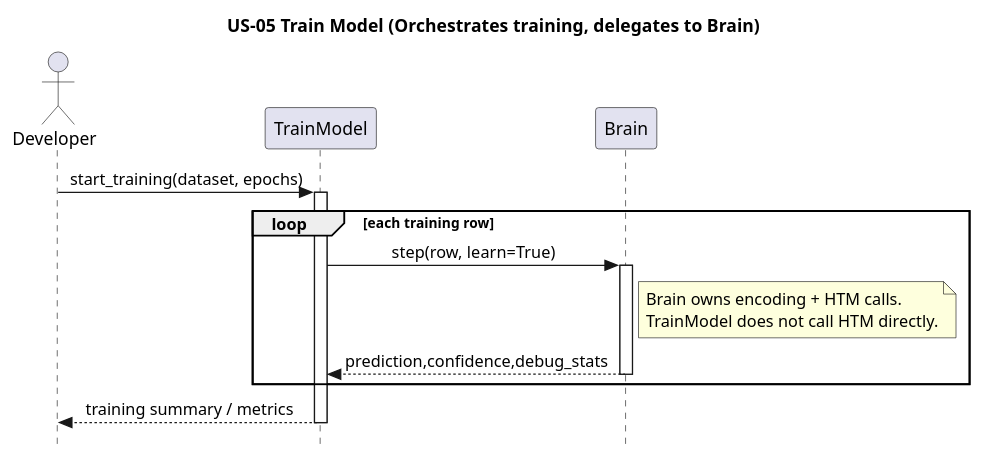
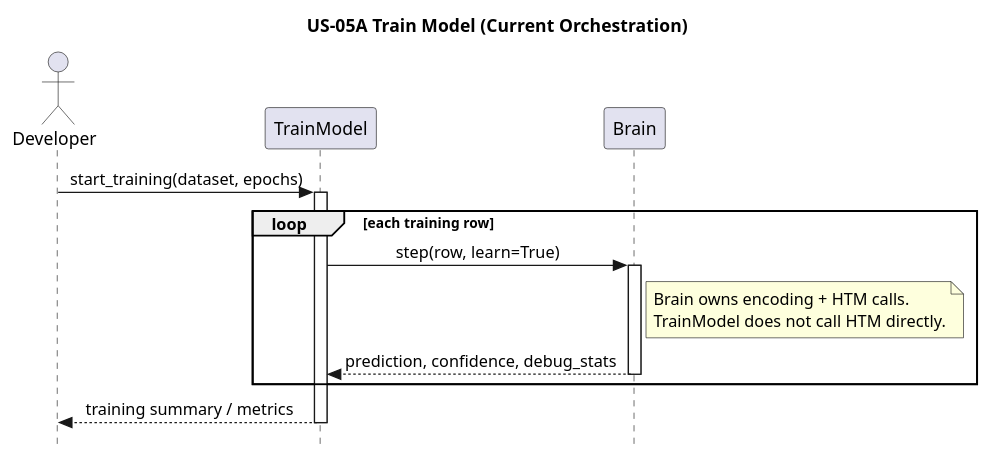
The first of 2 diagrams in docs/puml/US/us-05.puml (egrembocki/htmrl), drawn with PlantUML before and after one commit. The commit also changed other lines of this file and 4 other files, not shown here.

Commit message:
docs: fix US-11 to show Brain/HTM as prediction source

```diff
--- a/docs/puml/US/us-05.puml
+++ b/docs/puml/US/us-05.puml
@@ -1,30 +1,29 @@
 @startuml
 skinparam style strictuml
 skinparam sequenceMessageAlign center
 skinparam responseMessageBelowArrow true
-title US-05 Train Model (Orchestrates training, delegates to Brain)
+
+title US-05A Train Model (Current Orchestration)
 
 actor Developer as D
 participant "TrainModel" as TM
 participant "Brain" as B
 
 D -> TM: start_training(dataset, epochs)
 activate TM
 
 loop each training row
   TM -> B: step(row, learn=True)
   activate B
   note right of B
     Brain owns encoding + HTM calls.
     TrainModel does not call HTM directly.
   end note
 
-  B --> TM: prediction,confidence,debug_stats
-  
+  B --> TM: prediction, confidence, debug_stats
   deactivate B
 end
 
 TM --> D: training summary / metrics
-
 deactivate TM
 @enduml
```
